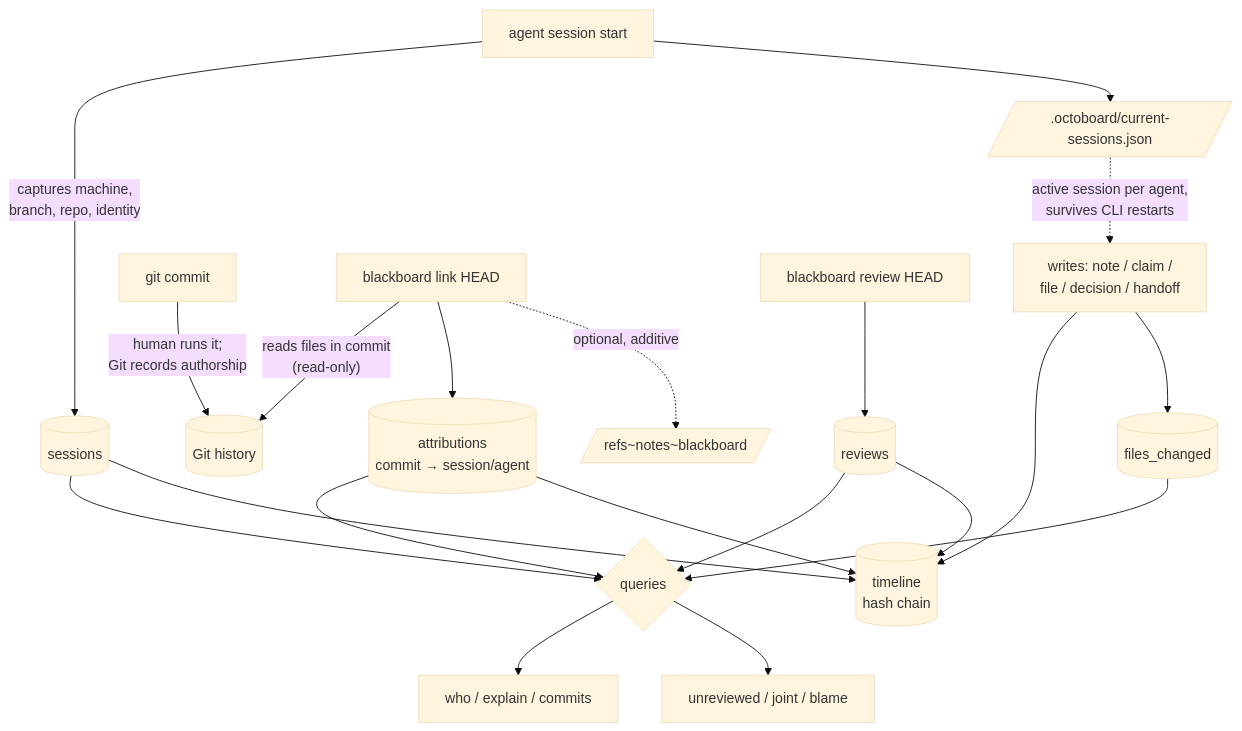
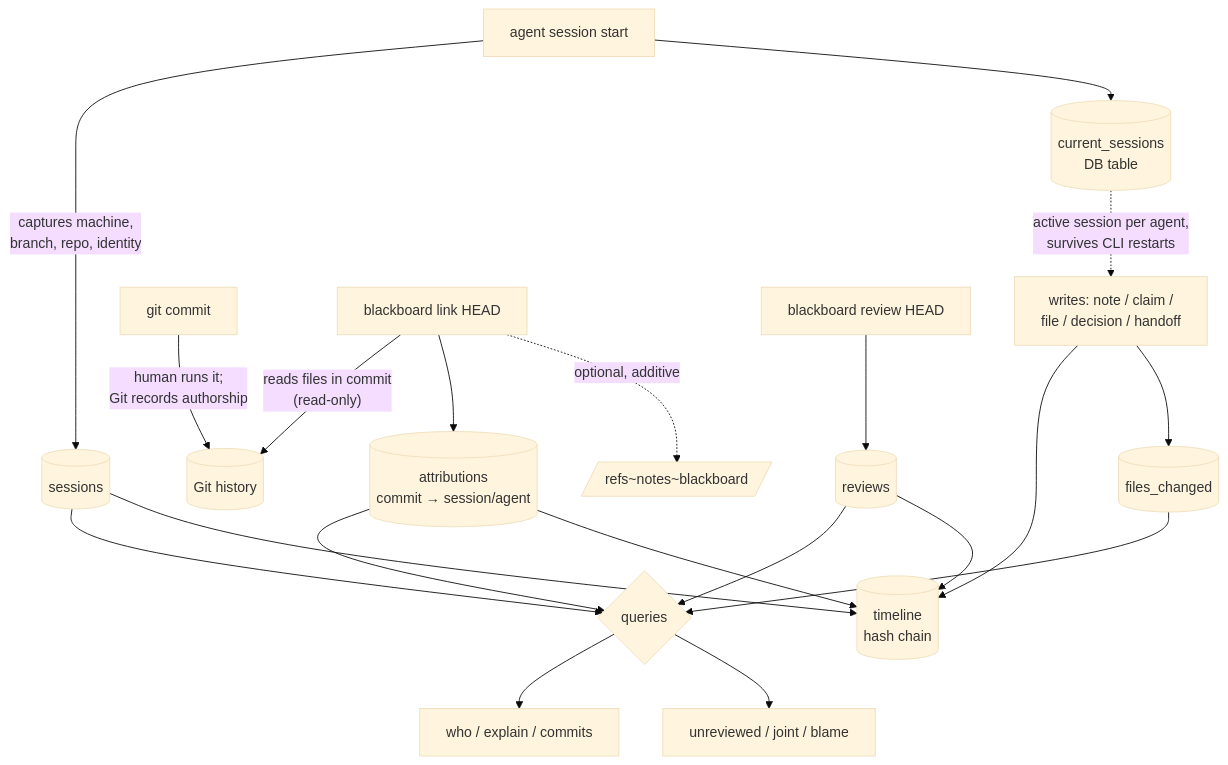
Before and after one commit to octoryn/octopus-blackboard: the diagram in docs/attribution.md, drawn with Mermaid (base theme). The commit also changed other lines of this file and 8 other files, not shown here.

````diff
--- a/docs/attribution.md
+++ b/docs/attribution.md
@@ -11,28 +11,28 @@
 ```mermaid
 flowchart TD
     A[agent session start] -->|"captures machine,<br/>branch, repo, identity"| S[(sessions)]
-    A --> P[/.octoboard/current-sessions.json/]
+    A --> P[(current_sessions<br/>DB table)]
     P -.->|"active session per agent,<br/>survives CLI restarts"| W
 
     W[writes: note / claim /<br/>file / decision / handoff] --> TL[(timeline<br/>hash chain)]
     W --> FC[(files_changed)]
 
     G[git commit] -->|"human runs it;<br/>Git records authorship"| GIT[(Git history)]
 
     L[blackboard link HEAD] -->|"reads files in commit<br/>(read-only)"| GIT
     L --> ATTR[(attributions<br/>commit → session/agent)]
     L -.->|"optional, additive"| NOTE[/refs~notes~blackboard/]
 
     R[blackboard review HEAD] --> REV[(reviews)]
 
     ATTR --> Q{queries}
     REV --> Q
     FC --> Q
     S --> Q
     Q --> Q1[who / explain / commits]
     Q --> Q2[unreviewed / joint / blame]
 
     ATTR --> TL
     REV --> TL
     S --> TL
 ```
````
